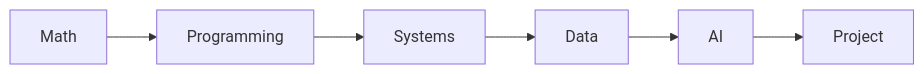
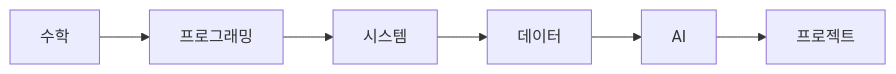
Before and after one commit to yeongseon-books/book-content: the diagram in content/computer-science-major-101/ko/01-what-cs-majors-learn.md, drawn with Mermaid. The commit also changed other lines of this file and 8 other files, not shown here.

````diff
--- a/content/computer-science-major-101/ko/01-what-cs-majors-learn.md
+++ b/content/computer-science-major-101/ko/01-what-cs-majors-learn.md
@@ -33,8 +57,8 @@
 ```mermaid
 flowchart LR
-    M[Math] --> P[Programming]
-    P --> S[Systems]
-    S --> D[Data]
+    M[수학] --> P[프로그래밍]
+    P --> S[시스템]
+    S --> D[데이터]
     D --> A[AI]
-    A --> J[Project]
+    A --> J[프로젝트]
 ```
````
